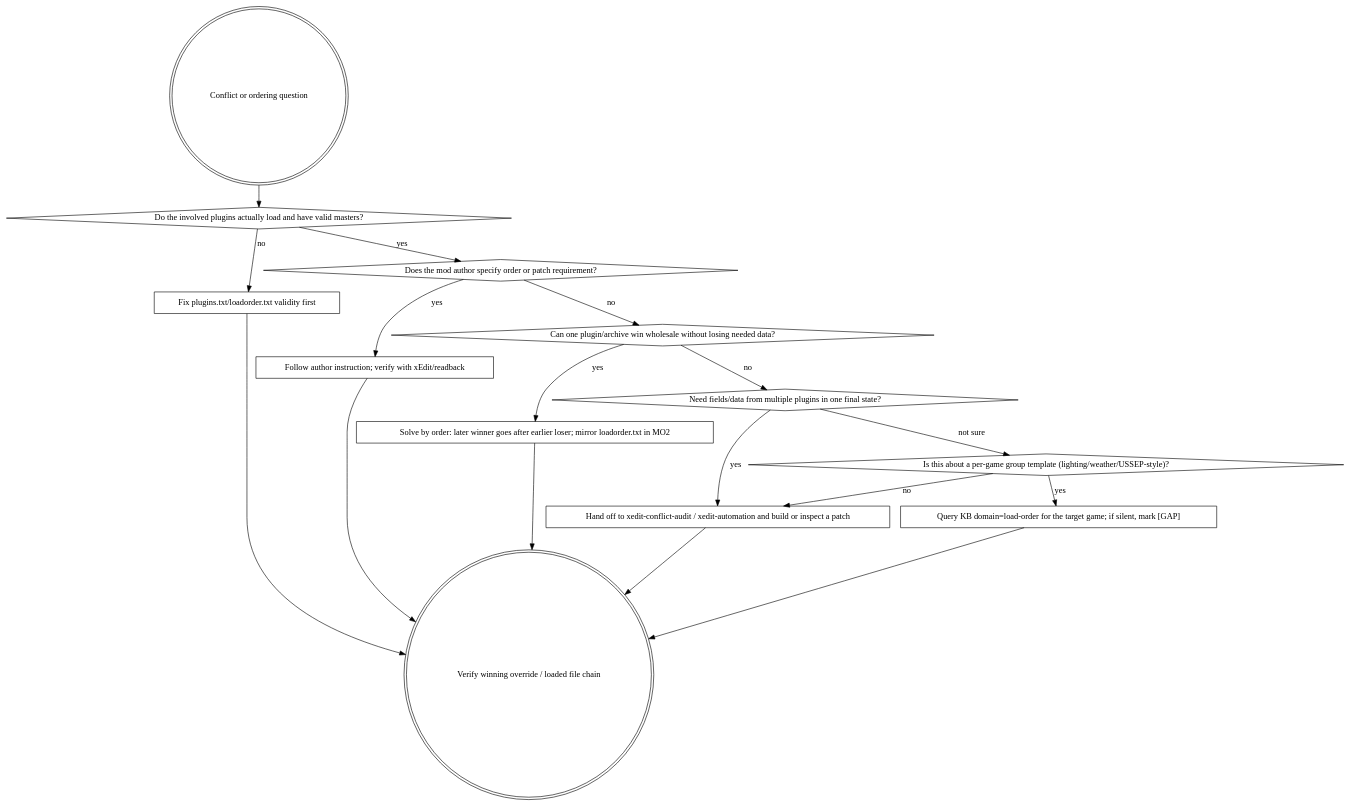
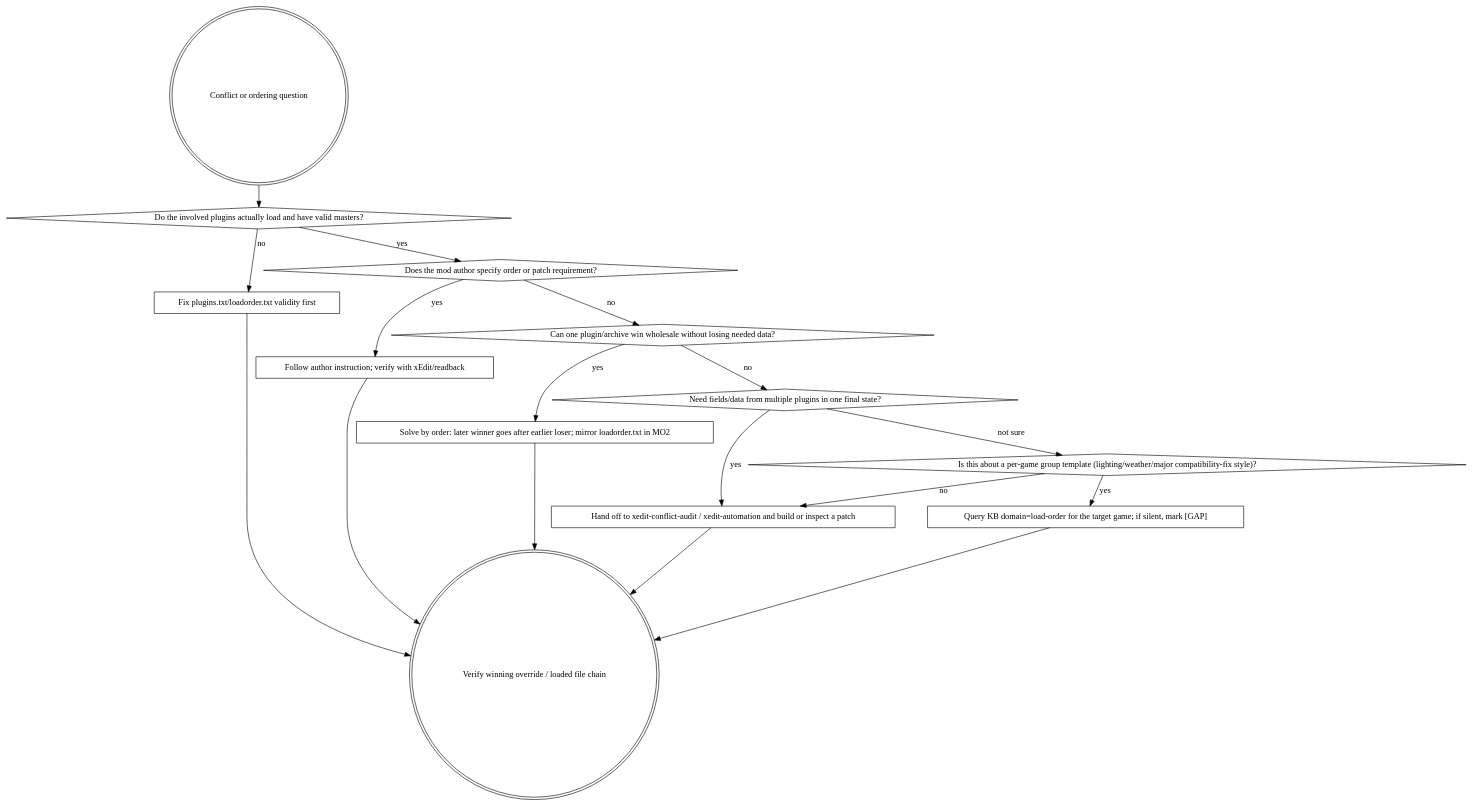
Before and after one commit to BB-84C/bgs-modding-superpowers: the diagram in skills/writing-bgs-load-order/SKILL.md, drawn with Graphviz. The commit also changed other lines of this file and 7 other files, not shown here.

````diff
--- a/skills/writing-bgs-load-order/SKILL.md
+++ b/skills/writing-bgs-load-order/SKILL.md
@@ -80,34 +80,34 @@
 ```dot
 digraph sort_or_patch {
   rankdir=TB;
   start [label="Conflict or ordering question", shape=doublecircle];
   exists [label="Do the involved plugins actually load and have valid masters?", shape=diamond];
   fixfile [label="Fix plugins.txt/loadorder.txt validity first", shape=box];
   author [label="Does the mod author specify order or patch requirement?", shape=diamond];
   obey [label="Follow author instruction; verify with xEdit/readback", shape=box];
   winner [label="Can one plugin/archive win wholesale without losing needed data?", shape=diamond];
   sort [label="Solve by order: later winner goes after earlier loser; mirror loadorder.txt in MO2", shape=box];
   stitch [label="Need fields/data from multiple plugins in one final state?", shape=diamond];
   patch [label="Hand off to xedit-conflict-audit / xedit-automation and build or inspect a patch", shape=box];
-  group [label="Is this about a per-game group template (lighting/weather/USSEP-style)?", shape=diamond];
+  group [label="Is this about a per-game group template (lighting/weather/major compatibility-fix style)?", shape=diamond];
   kb [label="Query KB domain=load-order for the target game; if silent, mark [GAP]", shape=box];
   done [label="Verify winning override / loaded file chain", shape=doublecircle];
 
   start -> exists;
   exists -> fixfile [label="no"];
   exists -> author [label="yes"];
   fixfile -> done;
   author -> obey [label="yes"];
   author -> winner [label="no"];
   obey -> done;
   winner -> sort [label="yes"];
   winner -> stitch [label="no"];
   sort -> done;
   stitch -> patch [label="yes"];
   stitch -> group [label="not sure"];
   patch -> done;
   group -> kb [label="yes"];
   group -> patch [label="no"];
   kb -> done;
 }
 ```
````
